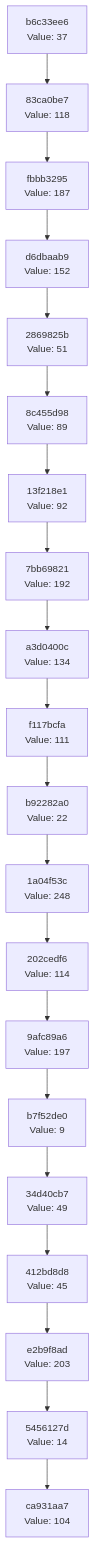
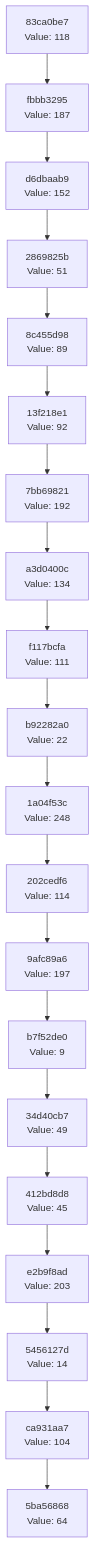
One commit to Abhisheksinha1506/hash-chain-evolver changed the diagram in docs/CHAIN_VISUALIZATION.md. Above: the diagram before and after it, drawn with Mermaid. The commit also changed 2 other files, not shown here.

Commit message:
Evolution step: hash 0x40 → action executed

````diff
--- a/docs/CHAIN_VISUALIZATION.md
+++ b/docs/CHAIN_VISUALIZATION.md
@@ -3,42 +3,42 @@
 ```mermaid
 graph TD
-    C0["ca931aa7<br/>Value: 104"]
-    C1["5456127d<br/>Value: 14"]
+    C0["5ba56868<br/>Value: 64"]
+    C1["ca931aa7<br/>Value: 104"]
     C1 --> C0
-    C2["e2b9f8ad<br/>Value: 203"]
+    C2["5456127d<br/>Value: 14"]
     C2 --> C1
-    C3["412bd8d8<br/>Value: 45"]
+    C3["e2b9f8ad<br/>Value: 203"]
     C3 --> C2
-    C4["34d40cb7<br/>Value: 49"]
+    C4["412bd8d8<br/>Value: 45"]
     C4 --> C3
-    C5["b7f52de0<br/>Value: 9"]
+    C5["34d40cb7<br/>Value: 49"]
     C5 --> C4
-    C6["9afc89a6<br/>Value: 197"]
+    C6["b7f52de0<br/>Value: 9"]
     C6 --> C5
-    C7["202cedf6<br/>Value: 114"]
+    C7["9afc89a6<br/>Value: 197"]
     C7 --> C6
-    C8["1a04f53c<br/>Value: 248"]
+    C8["202cedf6<br/>Value: 114"]
     C8 --> C7
-    C9["b92282a0<br/>Value: 22"]
+    C9["1a04f53c<br/>Value: 248"]
     C9 --> C8
-    C10["f117bcfa<br/>Value: 111"]
+    C10["b92282a0<br/>Value: 22"]
     C10 --> C9
-    C11["a3d0400c<br/>Value: 134"]
+    C11["f117bcfa<br/>Value: 111"]
     C11 --> C10
-    C12["7bb69821<br/>Value: 192"]
+    C12["a3d0400c<br/>Value: 134"]
     C12 --> C11
-    C13["13f218e1<br/>Value: 92"]
+    C13["7bb69821<br/>Value: 192"]
     C13 --> C12
-    C14["8c455d98<br/>Value: 89"]
+    C14["13f218e1<br/>Value: 92"]
     C14 --> C13
-    C15["2869825b<br/>Value: 51"]
+    C15["8c455d98<br/>Value: 89"]
     C15 --> C14
-    C16["d6dbaab9<br/>Value: 152"]
+    C16["2869825b<br/>Value: 51"]
     C16 --> C15
-    C17["fbbb3295<br/>Value: 187"]
+    C17["d6dbaab9<br/>Value: 152"]
     C17 --> C16
-    C18["83ca0be7<br/>Value: 118"]
+    C18["fbbb3295<br/>Value: 187"]
     C18 --> C17
-    C19["b6c33ee6<br/>Value: 37"]
+    C19["83ca0be7<br/>Value: 118"]
     C19 --> C18
 ```
````
